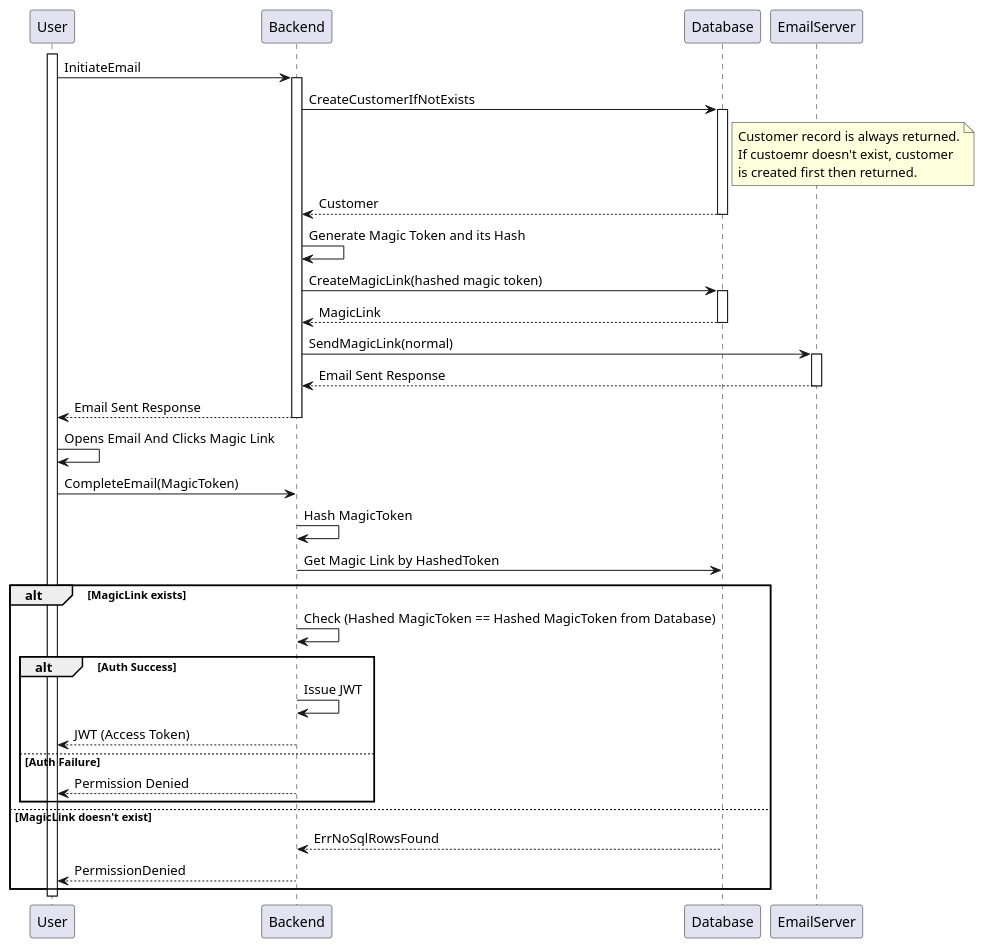
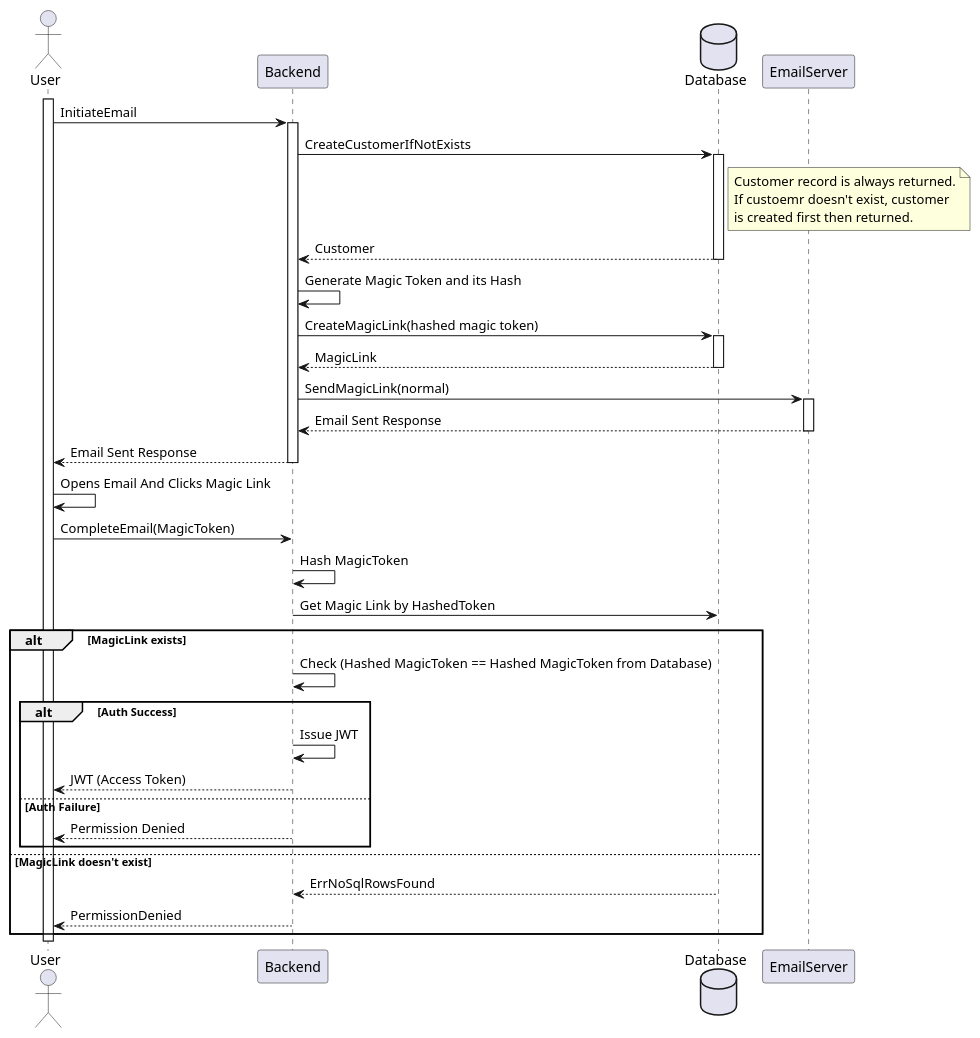
Before and after one commit to jadwalapp/symmetrical-spoon: the first of 14 diagrams in docs/diagrams/sequence-diagrams/all-sequence-diagrams.puml, drawn with PlantUML. The commit also changed other lines of this file and 4 other files, not shown here.

Commit message:
enhance sequence diagrams and use case diagram

```diff
--- a/docs/diagrams/sequence-diagrams/all-sequence-diagrams.puml
+++ b/docs/diagrams/sequence-diagrams/all-sequence-diagrams.puml
@@ -1,41 +1,46 @@
 @startuml Continue with Email
+actor User
+participant Backend
+database Database
+participant EmailServer
+
 activate User
 
 User -> Backend ++ : InitiateEmail
 
 Backend -> Database ++ : CreateCustomerIfNotExists
 note right of Database : Customer record is always returned.\nIf custoemr doesn't exist, customer\nis created first then returned.
 Database --> Backend -- : Customer
 
 Backend -> Backend : Generate Magic Token and its Hash
 
 Backend -> Database ++ : CreateMagicLink(hashed magic token)
 Database --> Backend -- : MagicLink
 
 Backend -> EmailServer ++ : SendMagicLink(normal)
 EmailServer --> Backend -- : Email Sent Response
 
 Backend --> User -- : Email Sent Response
 
 User -> User : Opens Email And Clicks Magic Link
 
 User -> Backend : CompleteEmail(MagicToken)
 
 Backend -> Backend : Hash MagicToken
 
 Backend -> Database : Get Magic Link by HashedToken
 alt MagicLink exists
     Backend -> Backend : Check (Hashed MagicToken == Hashed MagicToken from Database)
     alt Auth Success
         Backend -> Backend : Issue JWT
         Backend --> User : JWT (Access Token)
     else Auth Failure
         Backend --> User : Permission Denied
     end
 else MagicLink doesn't exist
     Database --> Backend : ErrNoSqlRowsFound
     Backend --> User : PermissionDenied
 end
 
 deactivate User
 @enduml
```
